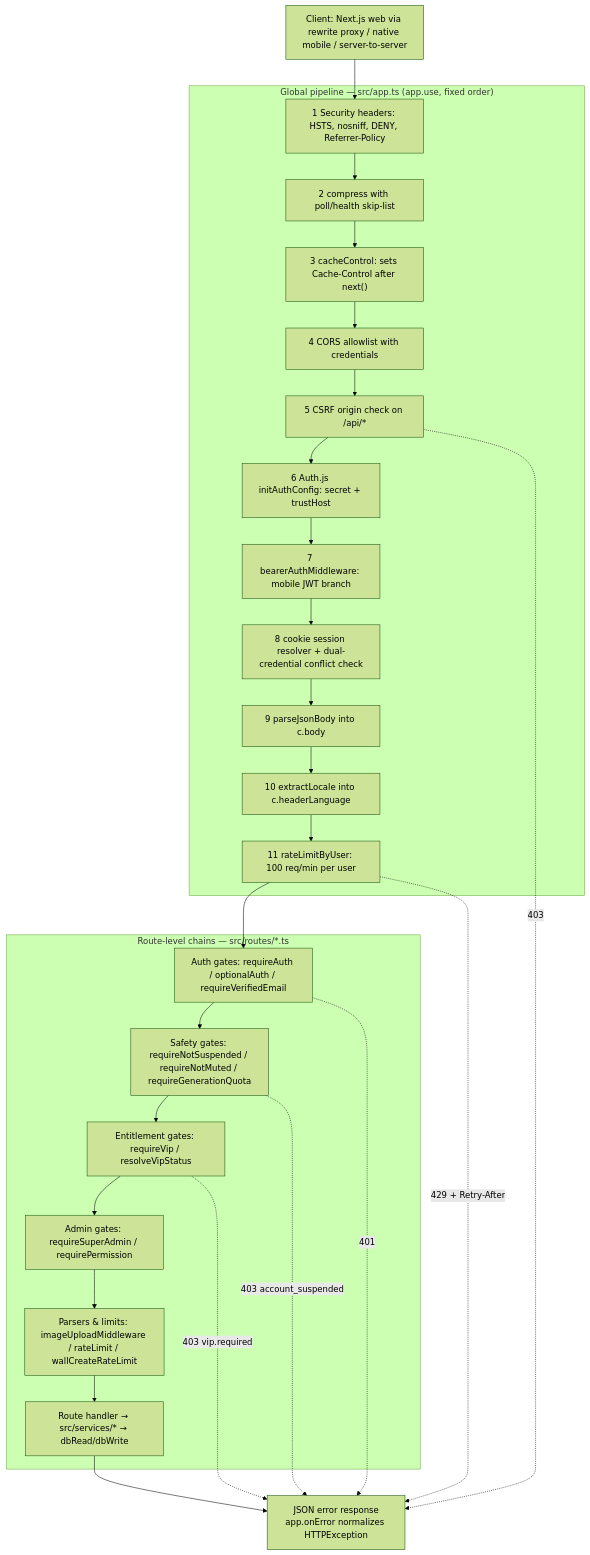
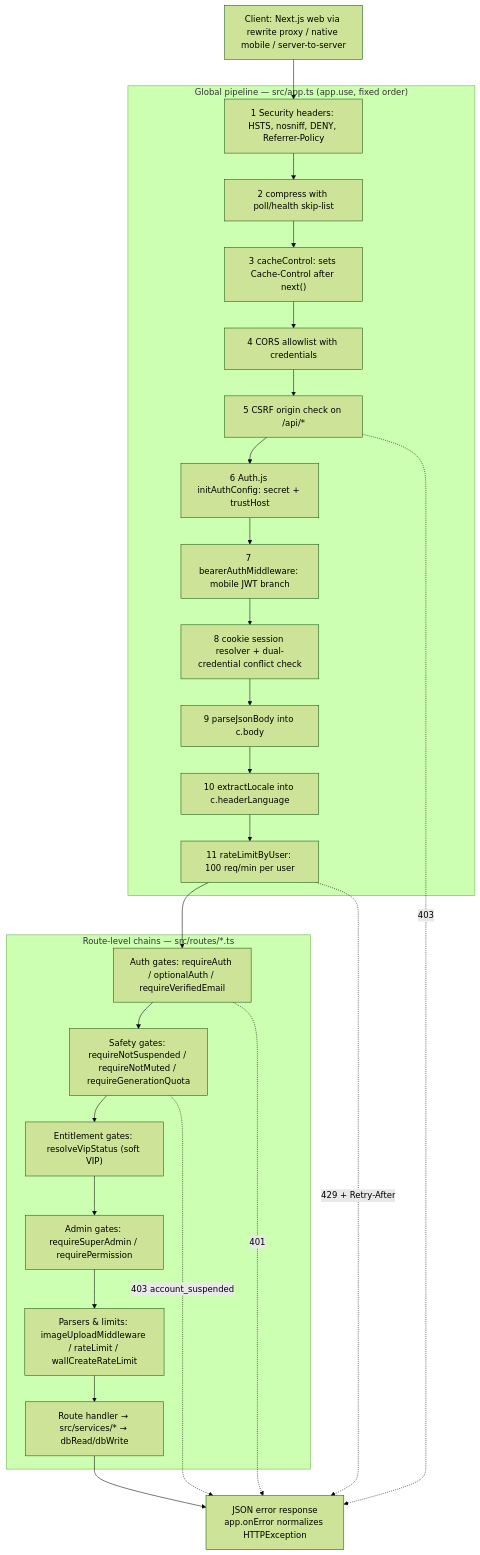
One commit to txufiknr/Twistloom-backend changed the first of 22 diagrams in docs/architecture/MIDDLEWARE_ARCHITECTURE.md. Above: the diagram before and after it, drawn with Mermaid (forest theme). The commit also changed other lines of this file and 12 other files, not shown here.

````diff
--- a/docs/architecture/MIDDLEWARE_ARCHITECTURE.md
+++ b/docs/architecture/MIDDLEWARE_ARCHITECTURE.md
@@ -57,36 +57,35 @@
 ```mermaid
 flowchart TB
     Client["Client: Next.js web via rewrite proxy / native mobile / server-to-server"]
 
     subgraph Global["Global pipeline — src/app.ts (app.use, fixed order)"]
         S1["1 Security headers: HSTS, nosniff, DENY, Referrer-Policy"]
         S2["2 compress with poll/health skip-list"]
         S3["3 cacheControl: sets Cache-Control after next()"]
         S4["4 CORS allowlist with credentials"]
         S5["5 CSRF origin check on /api/*"]
         S6["6 Auth.js initAuthConfig: secret + trustHost"]
         S7["7 bearerAuthMiddleware: mobile JWT branch"]
         S8["8 cookie session resolver + dual-credential conflict check"]
         S9["9 parseJsonBody into c.body"]
         S10["10 extractLocale into c.headerLanguage"]
         S11["11 rateLimitByUser: 100 req/min per user"]
     end
 
     subgraph Route["Route-level chains — src/routes/*.ts"]
         G1["Auth gates: requireAuth / optionalAuth / requireVerifiedEmail"]
         G2["Safety gates: requireNotSuspended / requireNotMuted / requireGenerationQuota"]
-        G3["Entitlement gates: requireVip / resolveVipStatus"]
+        G3["Entitlement gates: resolveVipStatus (soft VIP)"]
         G4["Admin gates: requireSuperAdmin / requirePermission"]
         G5["Parsers & limits: imageUploadMiddleware / rateLimit / wallCreateRateLimit"]
         H["Route handler → src/services/* → dbRead/dbWrite"]
     end
 
     Client --> S1 --> S2 --> S3 --> S4 --> S5 --> S6 --> S7 --> S8 --> S9 --> S10 --> S11
     S11 --> G1 --> G2 --> G3 --> G4 --> G5 --> H
     G2 -.->|"403 account_suspended"| Rej["JSON error response<br/>app.onError normalizes HTTPException"]
-    G3 -.->|"403 vip.required"| Rej
     G1 -.->|"401"| Rej
     S5 -.->|"403"| Rej
     S11 -.->|"429 + Retry-After"| Rej
     H --> Rej
 ```
````
